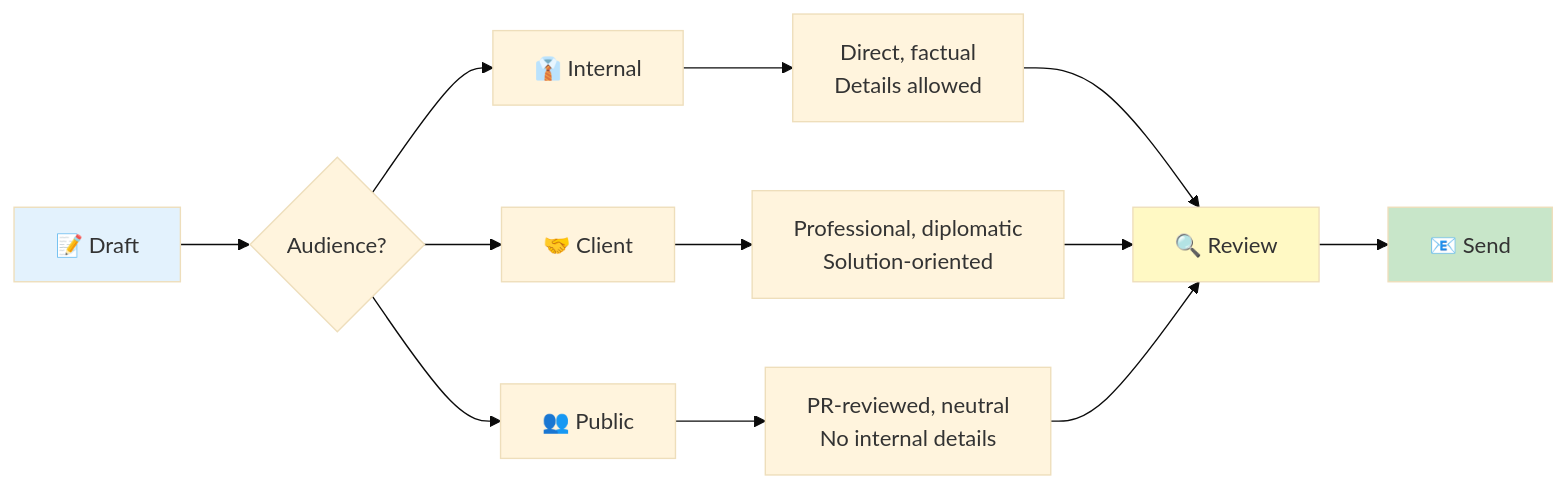
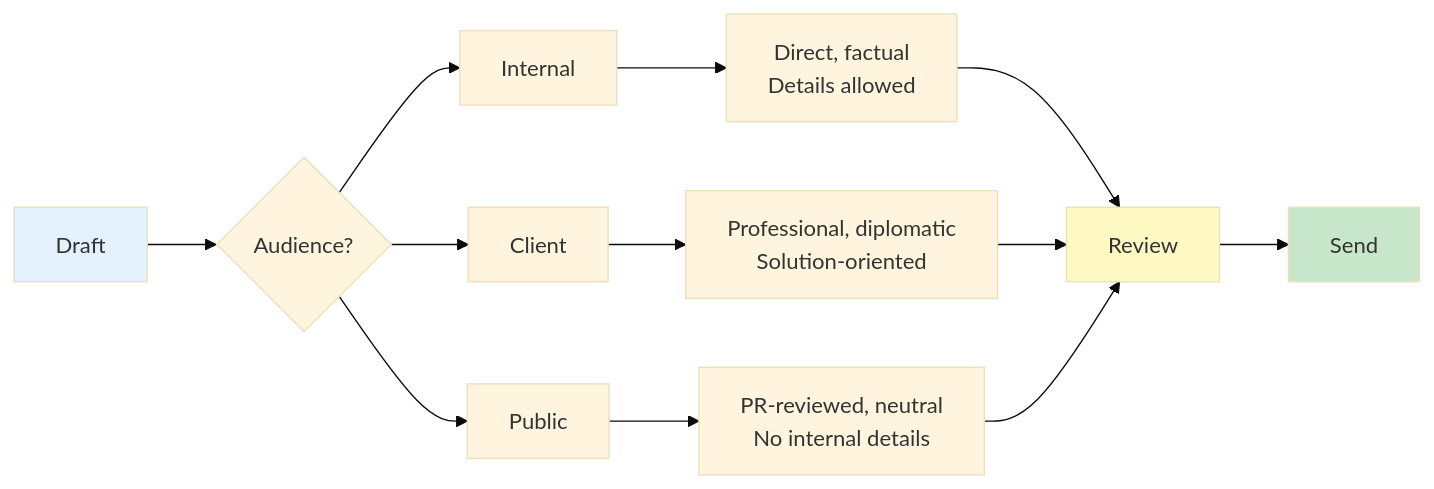
The first of 4 diagrams in office_en.md (justinsz/ProPrompt), drawn with Mermaid (base theme) before and after one commit. The commit also changed other lines of this file and 11 other files, not shown here.

````diff
--- a/office_en.md
+++ b/office_en.md
@@ -104,18 +104,18 @@
 ```mermaid
 flowchart LR
-    A[📝 Draft] --> B{Audience?}
-    B --> C[👔 Internal]
-    B --> D[🤝 Client]
-    B --> E[👥 Public]
-    
+    A[Draft] --> B{Audience?}
+    B --> C[Internal]
+    B --> D[Client]
+    B --> E[Public]
+
     C --> C1[Direct, factual<br/>Details allowed]
     D --> D1[Professional, diplomatic<br/>Solution-oriented]
     E --> E1[PR-reviewed, neutral<br/>No internal details]
-    
-    C1 & D1 & E1 --> F[🔍 Review]
-    F --> G[📧 Send]
-    
+
+    C1 & D1 & E1 --> F[Review]
+    F --> G[Send]
+
     style A fill:#e3f2fd
     style F fill:#fff9c4
     style G fill:#c8e6c9
 ```
````
